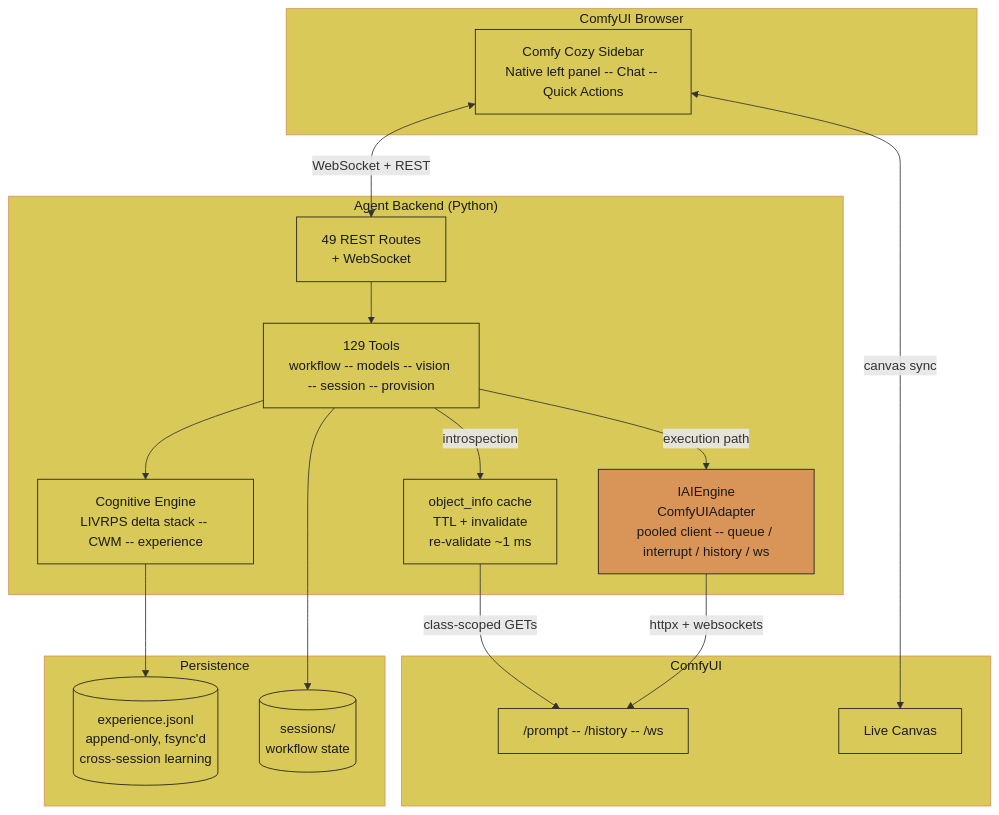
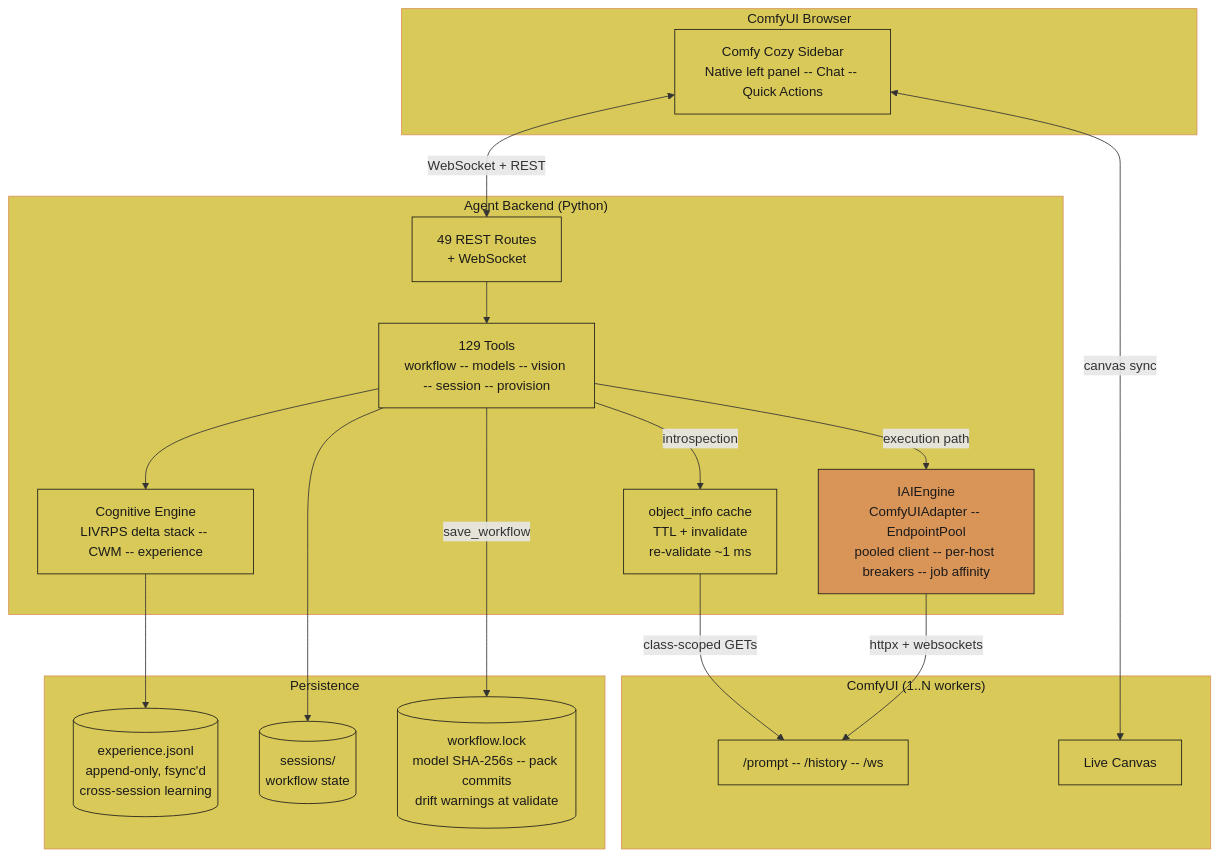
Before and after one commit to JosephOIbrahim/Comfy-Cozy: the seventh of 33 diagrams in README.md, drawn with Mermaid. The commit also changed other lines of this file and 3 other files, not shown here.

First line of the commit message:
[VERIFY] release: v5.3.0 Shot-Ready - README/diagrams to the fully-merged hardening order, changelog, version bump

````diff
--- a/README.md
+++ b/README.md
@@ -521,42 +522,44 @@
 ```mermaid
 graph TB
     subgraph Browser ["ComfyUI Browser"]
         Sidebar["Comfy Cozy Sidebar<br/>Native left panel -- Chat -- Quick Actions"]
     end
     subgraph Backend ["Agent Backend (Python)"]
         Routes["49 REST Routes<br/>+ WebSocket"]
         Tools["129 Tools<br/>workflow -- models -- vision -- session -- provision"]
         Cache["object_info cache<br/>TTL + invalidate<br/>re-validate ~1 ms"]
-        Engine["IAIEngine<br/>ComfyUIAdapter<br/>pooled client -- queue / interrupt / history / ws"]
+        Engine["IAIEngine<br/>ComfyUIAdapter -- EndpointPool<br/>pooled client -- per-host breakers -- job affinity"]
         Cog["Cognitive Engine<br/>LIVRPS delta stack -- CWM -- experience"]
     end
-    subgraph ComfyUI ["ComfyUI"]
+    subgraph ComfyUI ["ComfyUI (1..N workers)"]
         API["/prompt -- /history -- /ws"]
         Canvas["Live Canvas"]
     end
     subgraph Disk ["Persistence"]
         EXP[("experience.jsonl<br/>append-only, fsync'd<br/>cross-session learning")]
         Sessions[("sessions/<br/>workflow state")]
+        Lock[("workflow.lock<br/>model SHA-256s -- pack commits<br/>drift warnings at validate")]
     end
 
     Sidebar <-->|"WebSocket + REST"| Routes
     Sidebar <-->|"canvas sync"| Canvas
     Routes --> Tools
     Tools --> Cog
     Tools -->|introspection| Cache
     Cache -->|"class-scoped GETs"| API
     Tools -->|execution path| Engine
     Engine -->|httpx + websockets| API
     Cog --> EXP
     Tools --> Sessions
+    Tools -->|save_workflow| Lock
 
     style Browser fill:#d9c958,color:#1a1a1a,stroke:#d99458
     style Backend fill:#d9c958,color:#1a1a1a,stroke:#d99458
     style ComfyUI fill:#d9c958,color:#1a1a1a,stroke:#d99458
     style Disk fill:#d9c958,color:#1a1a1a,stroke:#d99458
 
     classDef orange fill:#d99458,color:#1a1a1a,stroke:#1a1a1a
     classDef yellow fill:#d9c958,color:#1a1a1a,stroke:#1a1a1a
     class Engine orange
-    class Sidebar,Routes,Tools,Cache,Cog,API,Canvas,EXP,Sessions yellow
+    class Sidebar,Routes,Tools,Cache,Cog,API,Canvas,EXP,Sessions,Lock yellow
 ```
````
